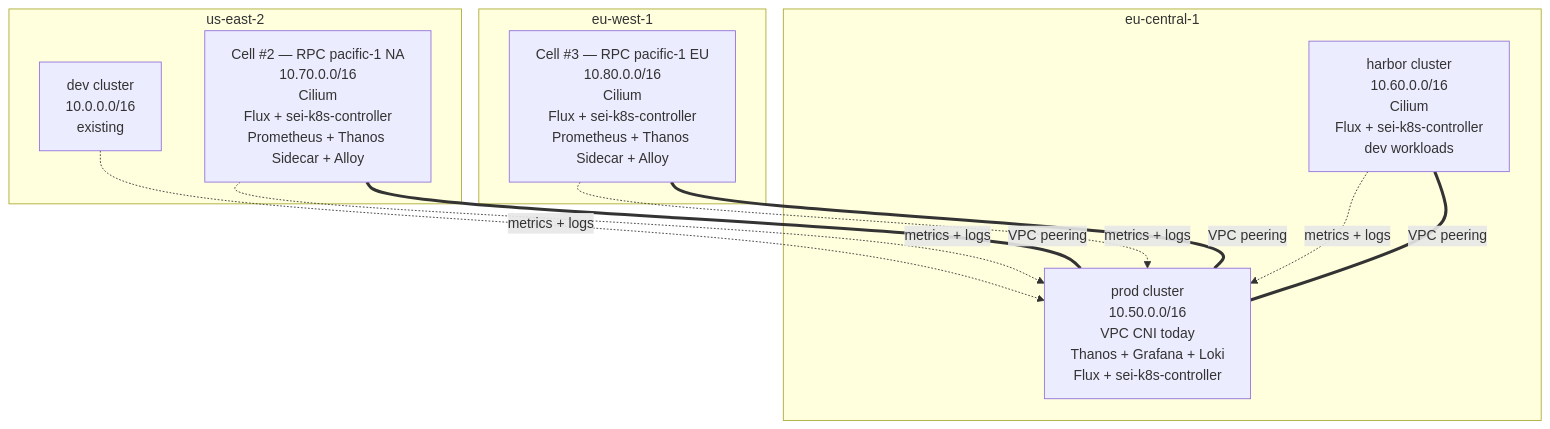
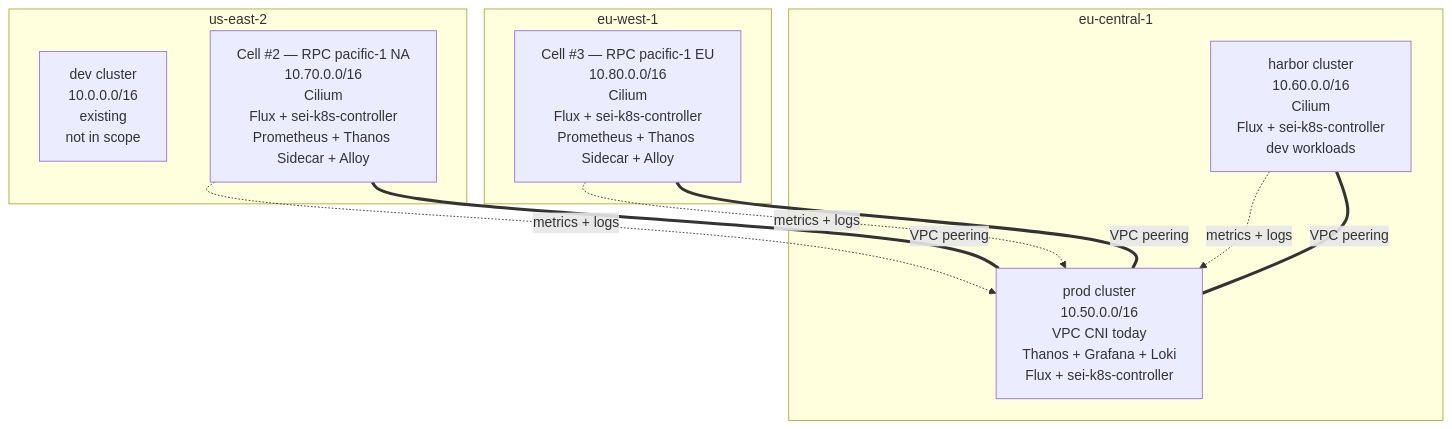
Before and after one commit to sei-protocol/sei-internal-skills: the first of 4 diagrams in design/high-level/meta-cluster-architecture.md, drawn with Mermaid. The commit also changed other lines of this file, not shown here.

First line of the commit message:
docs(design/high-level): address Cursor findings — TF root count + dev observability scope

````diff
--- a/design/high-level/meta-cluster-architecture.md
+++ b/design/high-level/meta-cluster-architecture.md
@@ -63,25 +63,24 @@
 ```mermaid
 graph TB
     subgraph EU[eu-central-1]
         Prod[prod cluster<br/>10.50.0.0/16<br/>VPC CNI today<br/>Thanos + Grafana + Loki<br/>Flux + sei-k8s-controller]
         Harbor[harbor cluster<br/>10.60.0.0/16<br/>Cilium<br/>Flux + sei-k8s-controller<br/>dev workloads]
     end
 
     subgraph USE[us-east-2]
-        Dev[dev cluster<br/>10.0.0.0/16<br/>existing]
+        Dev[dev cluster<br/>10.0.0.0/16<br/>existing<br/>not in scope]
         Cell2[Cell #2 — RPC pacific-1 NA<br/>10.70.0.0/16<br/>Cilium<br/>Flux + sei-k8s-controller<br/>Prometheus + Thanos Sidecar + Alloy]
     end
 
     subgraph EUW[eu-west-1]
         Cell3[Cell #3 — RPC pacific-1 EU<br/>10.80.0.0/16<br/>Cilium<br/>Flux + sei-k8s-controller<br/>Prometheus + Thanos Sidecar + Alloy]
     end
 
     Cell2 -.metrics + logs.-> Prod
     Cell3 -.metrics + logs.-> Prod
     Harbor -.metrics + logs.-> Prod
-    Dev -.metrics + logs.-> Prod
 
     Cell2 ===|VPC peering| Prod
     Cell3 ===|VPC peering| Prod
     Harbor ===|VPC peering| Prod
 ```
````
